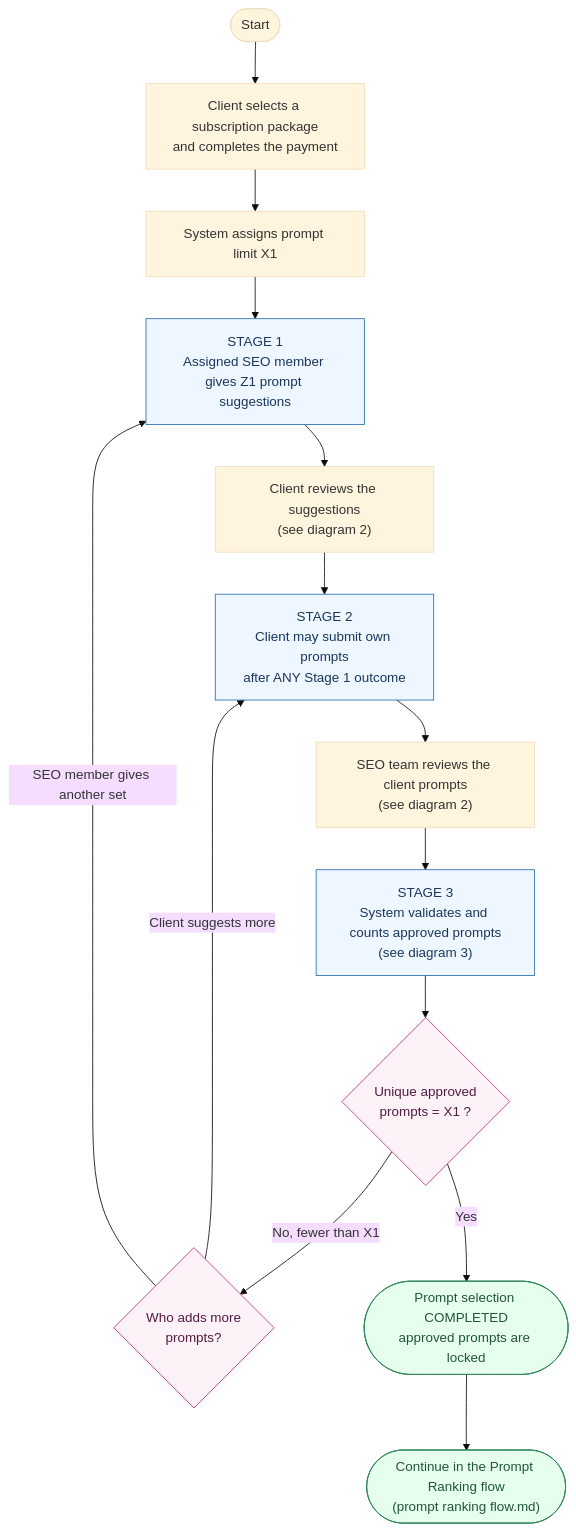
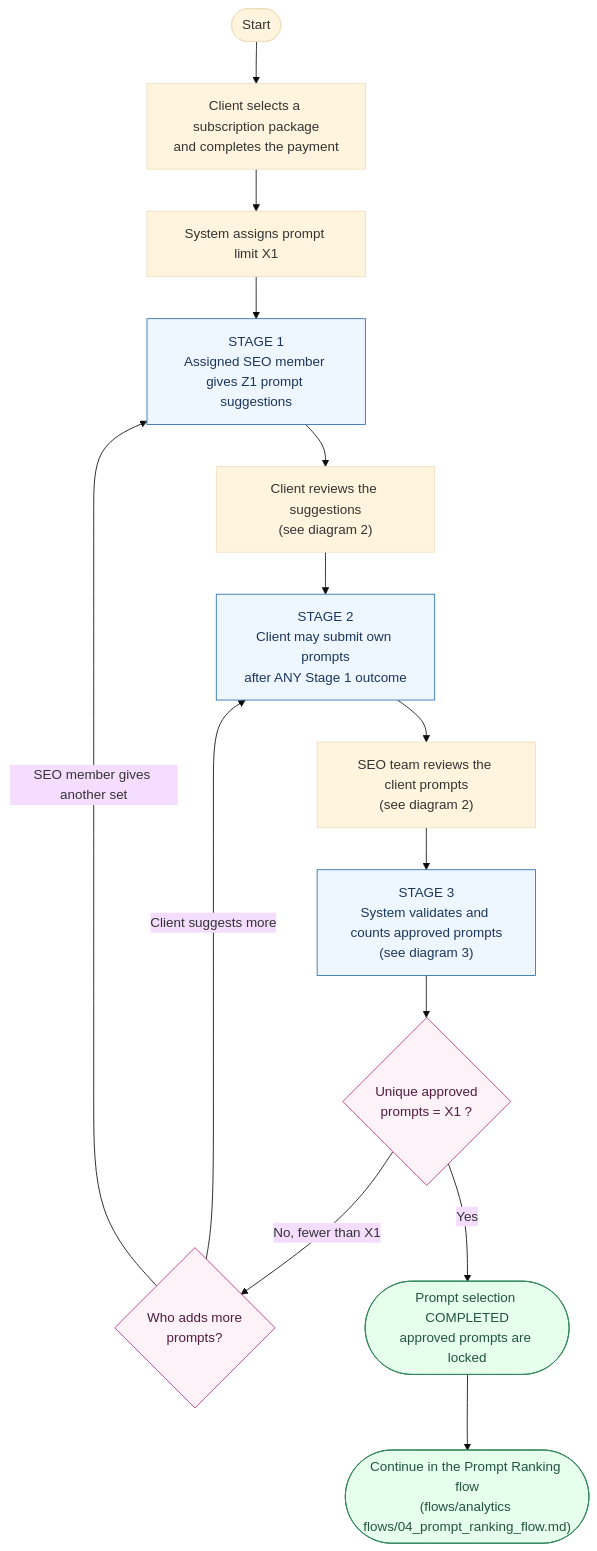
Before and after one commit to RishabhRoy12/dais-documentation: the first of 3 diagrams in demo/prompt selections.md, drawn with Mermaid (base theme). The commit also changed other lines of this file and 10 other files, not shown here.

````diff
--- a/demo/prompt selections.md
+++ b/demo/prompt selections.md
@@ -32,23 +32,23 @@
 ```mermaid
 flowchart TD
     START([Start]) --> P1["Client selects a subscription package<br/>and completes the payment"]
     P1 --> P2["System assigns prompt limit X1"]
     P2 --> S1["STAGE 1<br/>Assigned SEO member gives Z1 prompt suggestions"]
     S1 --> R1["Client reviews the suggestions<br/>(see diagram 2)"]
     R1 --> S2["STAGE 2<br/>Client may submit own prompts<br/>after ANY Stage 1 outcome"]
     S2 --> R2["SEO team reviews the client prompts<br/>(see diagram 2)"]
     R2 --> S3["STAGE 3<br/>System validates and counts approved prompts<br/>(see diagram 3)"]
     S3 --> Q{"Unique approved<br/>prompts = X1 ?"}
     Q -->|"No, fewer than X1"| MORE{"Who adds more<br/>prompts?"}
     MORE -->|"Client suggests more"| S2
     MORE -->|"SEO member gives another set"| S1
     Q -->|"Yes"| DONE(["Prompt selection COMPLETED<br/>approved prompts are locked"])
-    DONE --> NEXT(["Continue in the Prompt Ranking flow<br/>(prompt ranking flow.md)"])
+    DONE --> NEXT(["Continue in the Prompt Ranking flow<br/>(flows/analytics flows/04_prompt_ranking_flow.md)"])
 
     classDef stage fill:#eef6ff,stroke:#2b6cb0,color:#1a365d
     classDef decision fill:#fdf2f8,stroke:#b83280,color:#521b41
     classDef done fill:#e6ffed,stroke:#2f855a,color:#22543d
     class S1,S2,S3 stage
     class Q,MORE decision
     class DONE,NEXT done
 ```
````
